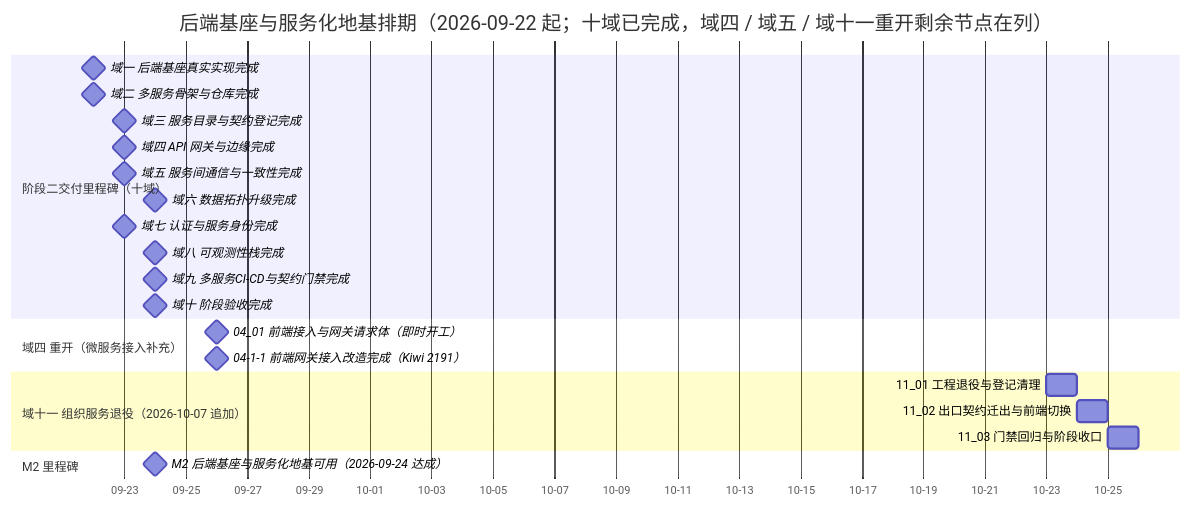
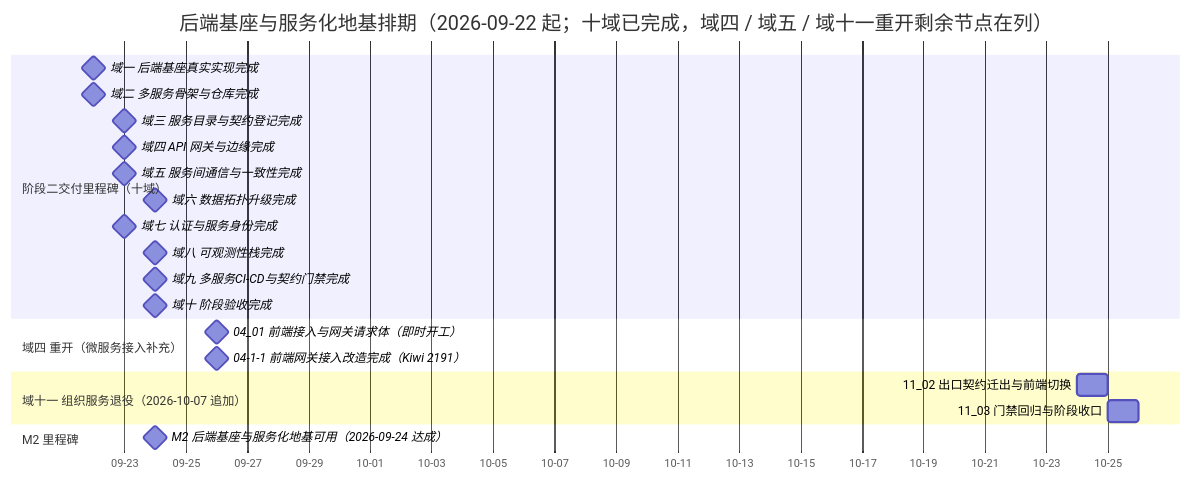
One commit to minjian123/basic-management-system changed the diagram in bms文档/项目/02_后端基座与服务化地基/计划/01_计划_后端基座与服务化地基.md. Above: the diagram before and after it, drawn with Mermaid. The commit also changed other lines of this file and 9 other files, not shown here.

````diff
--- a/bms文档/项目/02_后端基座与服务化地基/计划/01_计划_后端基座与服务化地基.md
+++ b/bms文档/项目/02_后端基座与服务化地基/计划/01_计划_后端基座与服务化地基.md
@@ -71,26 +71,25 @@
 ```mermaid
 gantt
     title 后端基座与服务化地基排期（2026-09-22 起；十域已完成，域四 / 域五 / 域十一重开剩余节点在列）
     dateFormat  YYYY-MM-DD
     axisFormat %m-%d
     section 阶段二交付里程碑（十域）
     域一 后端基座真实实现完成 :milestone, m01, 2026-09-22, 0d
     域二 多服务骨架与仓库完成 :milestone, m02, 2026-09-22, 0d
     域三 服务目录与契约登记完成 :milestone, m03, 2026-09-23, 0d
     域四 API 网关与边缘完成 :milestone, m04, 2026-09-23, 0d
     域五 服务间通信与一致性完成 :milestone, m05, 2026-09-23, 0d
     域六 数据拓扑升级完成 :milestone, m06, 2026-09-24, 0d
     域七 认证与服务身份完成 :milestone, m07, 2026-09-23, 0d
     域八 可观测性栈完成 :milestone, m08, 2026-09-24, 0d
     域九 多服务CI-CD与契约门禁完成 :milestone, m09, 2026-09-24, 0d
     域十 阶段验收完成 :milestone, m10, 2026-09-24, 0d
     section 域四 重开（微服务接入补充）
     04_01 前端接入与网关请求体（即时开工） :milestone, m0401x, 2026-09-26, 0d
     04-1-1 前端网关接入改造完成（Kiwi 2191） :milestone, m0401a, 2026-09-26, 0d
     section 域十一 组织服务退役（2026-10-07 追加）
-    11_01 工程退役与登记清理 :m1101, 2026-10-23, 1d
     11_02 出口契约迁出与前端切换 :m1102, 2026-10-24, 1d
     11_03 门禁回归与阶段收口 :m1103, 2026-10-25, 1d
     section M2 里程碑
     M2 后端基座与服务化地基可用（2026-09-24 达成） :milestone, mm2, 2026-09-24, 0d
 ```
````
